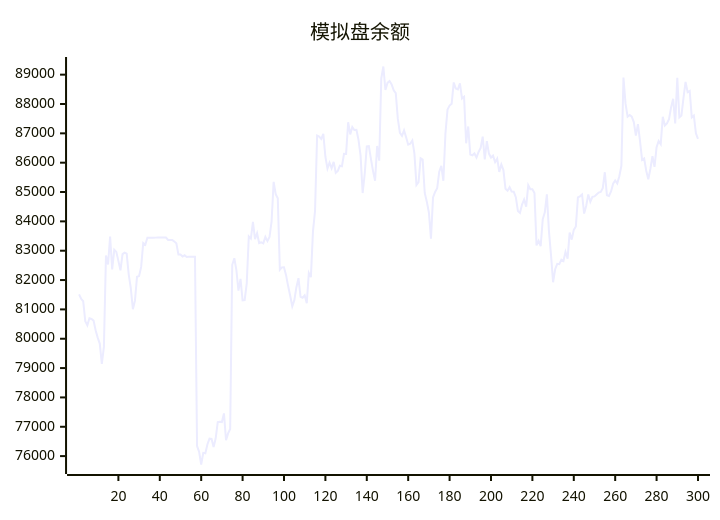
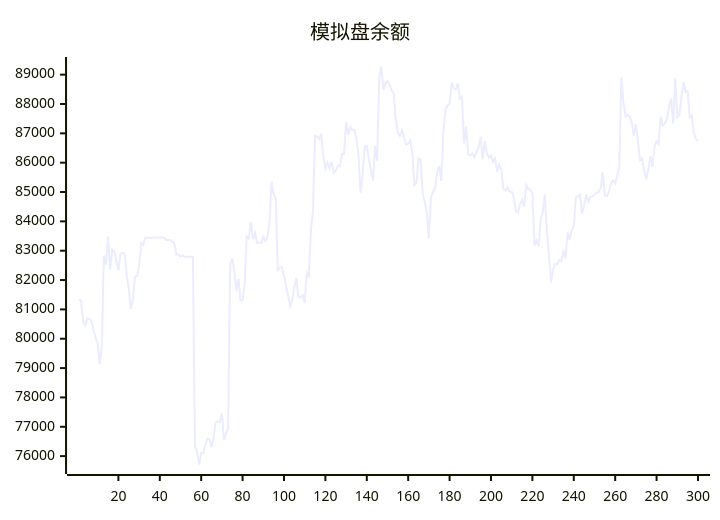
The diagram in README.md (aahl/ai-trading), drawn with Mermaid before and after one commit. The commit also changed other lines of this file and 1 other file, not shown here.

````diff
--- a/README.md
+++ b/README.md
@@ -5,5 +5,5 @@
 ```mermaid
 xychart
     title "模拟盘余额"
-    line [81512,81362,81277,80600,80461,80699,80673,80616,80288,80038,79836,79142,79722,82837,82533,83480,82366,83032,82960,82654,82330,82883,82934,82901,82188,81728,81005,81298,82110,82135,82449,83264,83203,83440,83439,83440,83440,83446,83447,83448,83447,83448,83449,83369,83369,83369,83313,83256,82872,82873,82801,82844,82785,82791,82791,82793,82794,76339,76145,75714,76110,76096,76397,76594,76585,76310,76607,77160,77170,77160,77456,76541,76774,76927,82520,82744,82337,81639,82040,81307,81314,81887,83490,83414,83984,83396,83594,83261,83287,83253,83470,83327,83465,83987,85348,84930,84786,82355,82433,82438,82167,81795,81466,81105,81315,81756,82064,81426,81398,81481,81210,82242,82099,83658,84359,86925,86892,86814,86980,86203,85802,86003,85811,86028,85657,85721,85896,85880,86300,86299,87378,86965,87214,87115,87118,86780,86238,84966,85623,86555,86562,86129,85722,85387,86569,86070,88870,89278,88477,88720,88781,88668,88467,88372,87493,87018,86917,87102,86870,86613,86644,86758,86317,85242,85334,86149,86106,84968,84671,84302,83410,84816,85001,85127,85693,85891,85384,87001,87811,87945,88007,88734,88528,88495,88705,88189,88248,86662,87234,86279,86251,86314,86177,86364,86503,86886,86114,86731,86310,86176,86240,86017,86136,85685,85938,85749,85111,85044,85164,85016,85008,84824,84354,84287,84572,84745,84500,85234,85096,85095,84970,83180,83338,83157,84070,84309,84922,83667,82850,81924,82369,82552,82539,82695,82648,82962,82728,83619,83378,83710,83825,84819,84854,84917,84265,84527,84919,84668,84834,84850,84916,84981,85004,85131,85674,84891,84864,85019,85284,85393,85294,85538,85894,88904,88012,87567,87625,87568,87386,86920,87313,86737,86094,86143,85725,85437,85787,86219,85859,86526,86740,86630,87563,87264,87335,87483,87886,88180,87335,88894,87544,87608,88207,88755,88401,88444,87543,87608,87000,86810]
+    line [81362,81277,80600,80461,80699,80673,80616,80288,80038,79836,79142,79722,82837,82533,83480,82366,83032,82960,82654,82330,82883,82934,82901,82188,81728,81005,81298,82110,82135,82449,83264,83203,83440,83439,83440,83440,83446,83447,83448,83447,83448,83449,83369,83369,83369,83313,83256,82872,82873,82801,82844,82785,82791,82791,82793,82794,76339,76145,75714,76110,76096,76397,76594,76585,76310,76607,77160,77170,77160,77456,76541,76774,76927,82520,82744,82337,81639,82040,81307,81314,81887,83490,83414,83984,83396,83594,83261,83287,83253,83470,83327,83465,83987,85348,84930,84786,82355,82433,82438,82167,81795,81466,81105,81315,81756,82064,81426,81398,81481,81210,82242,82099,83658,84359,86925,86892,86814,86980,86203,85802,86003,85811,86028,85657,85721,85896,85880,86300,86299,87378,86965,87214,87115,87118,86780,86238,84966,85623,86555,86562,86129,85722,85387,86569,86070,88870,89278,88477,88720,88781,88668,88467,88372,87493,87018,86917,87102,86870,86613,86644,86758,86317,85242,85334,86149,86106,84968,84671,84302,83410,84816,85001,85127,85693,85891,85384,87001,87811,87945,88007,88734,88528,88495,88705,88189,88248,86662,87234,86279,86251,86314,86177,86364,86503,86886,86114,86731,86310,86176,86240,86017,86136,85685,85938,85749,85111,85044,85164,85016,85008,84824,84354,84287,84572,84745,84500,85234,85096,85095,84970,83180,83338,83157,84070,84309,84922,83667,82850,81924,82369,82552,82539,82695,82648,82962,82728,83619,83378,83710,83825,84819,84854,84917,84265,84527,84919,84668,84834,84850,84916,84981,85004,85131,85674,84891,84864,85019,85284,85393,85294,85538,85894,88904,88012,87567,87625,87568,87386,86920,87313,86737,86094,86143,85725,85437,85787,86219,85859,86526,86740,86630,87563,87264,87335,87483,87886,88180,87335,88894,87544,87608,88207,88755,88401,88444,87543,87608,87000,86810,86740]
 ```
````
